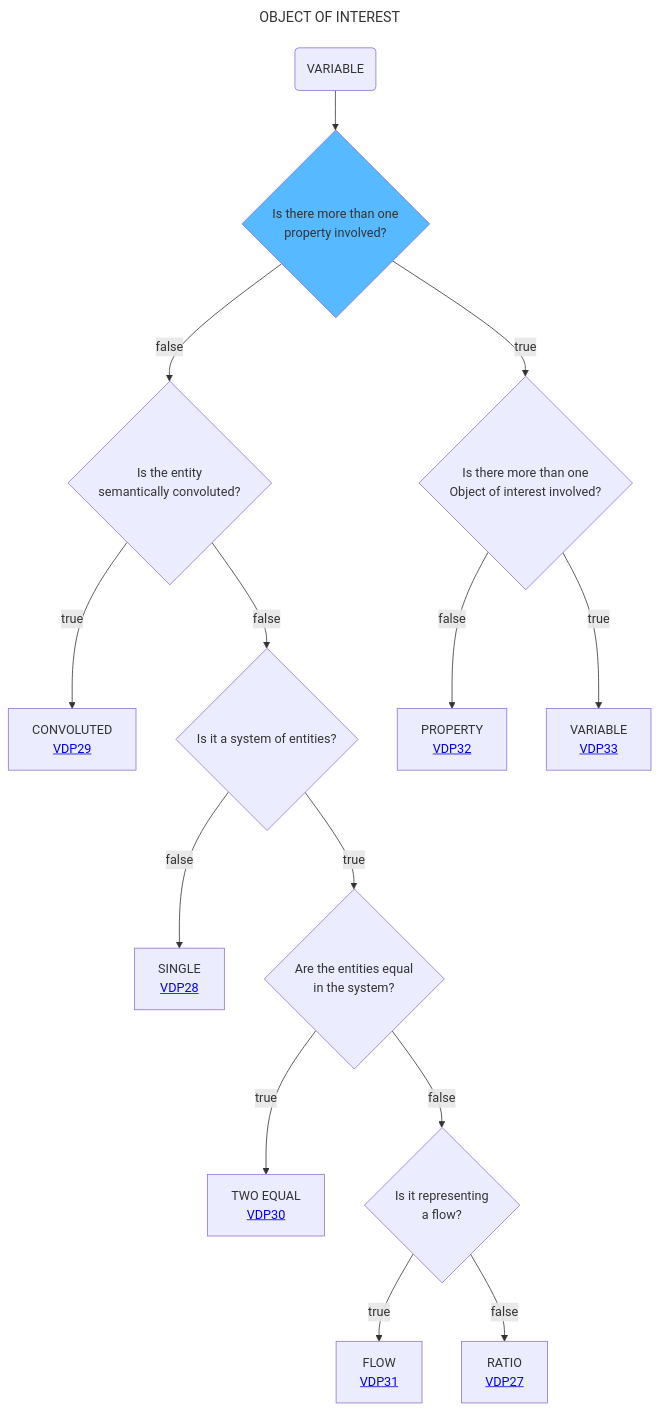
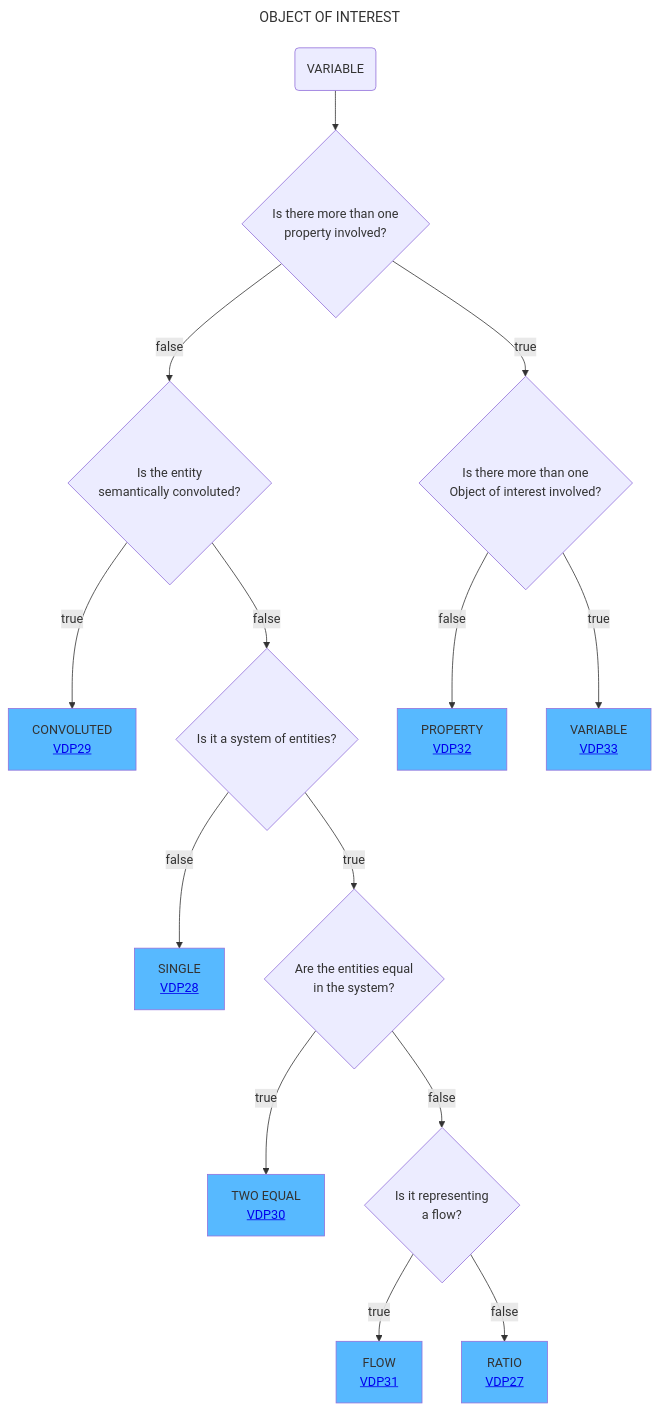
The diagram in Decisition_trees/DT5.mmd (mabablue/I-ADOPT-patterns-playground), drawn with Mermaid before and after one commit.

```diff
--- a/Decisition_trees/DT5.mmd
+++ b/Decisition_trees/DT5.mmd
@@ -1,19 +1,19 @@
 ---
 title: OBJECT OF INTEREST
 ---
 flowchart TD
-    A(VARIABLE) --> AB{Is there more than one <br> property involved?}:::satblue  
+    A(VARIABLE) --> AB{Is there more than one <br> property involved?}
     AB --> |false|B{Is the entity <br> semantically convoluted?}
     AB --> |true|O{Is there more than one <br> Object of interest involved?} 
-    B --> |true|C[CONVOLUTED <br> <a href='https://github.com/mabablue/I-ADOPT-patterns-playground/blob/main/pattern/VDP29.yaml'>VDP29</a>]
+    B --> |true|C[CONVOLUTED <br> <a href='https://github.com/mabablue/I-ADOPT-patterns-playground/blob/main/pattern/VDP29.yaml'>VDP29</a>]:::satblue
     B --> |false|D{Is it a system of entities?}
-    D --> |false|E[SINGLE <br> <a href='https://github.com/mabablue/I-ADOPT-patterns-playground/blob/main/pattern/VDP28.yaml'>VDP28</a>]
+    D --> |false|E[SINGLE <br> <a href='https://github.com/mabablue/I-ADOPT-patterns-playground/blob/main/pattern/VDP28.yaml'>VDP28</a>]:::satblue
     D --> |true|F{Are the entities equal <br> in the system?}
-    F --> |true|G[TWO EQUAL <br> <a href='https://github.com/mabablue/I-ADOPT-patterns-playground/blob/main/pattern/VDP30.yaml'>VDP30</a>]
+    F --> |true|G[TWO EQUAL <br> <a href='https://github.com/mabablue/I-ADOPT-patterns-playground/blob/main/pattern/VDP30.yaml'>VDP30</a>]:::satblue
     F --> |false|H{Is it representing <br> a flow?}
-    H --> |true|I[FLOW <br> <a href='https://github.com/mabablue/I-ADOPT-patterns-playground/blob/main/pattern/VDP31.yaml'>VDP31</a>]
-    H --> |false|J[RATIO <br> <a href='https://github.com/mabablue/I-ADOPT-patterns-playground/blob/main/pattern/VDP27.yaml'>VDP27</a>]
-    O --> |false|Q[PROPERTY <br> <a href='https://github.com/mabablue/I-ADOPT-patterns-playground/blob/main/pattern/VDP32.yaml'>VDP32</a>]
-    O --> |true|R[VARIABLE <br> <a href='https://github.com/mabablue/I-ADOPT-patterns-playground/blob/main/pattern/VDP33.yaml'>VDP33</a>]
+    H --> |true|I[FLOW <br> <a href='https://github.com/mabablue/I-ADOPT-patterns-playground/blob/main/pattern/VDP31.yaml'>VDP31</a>]:::satblue
+    H --> |false|J[RATIO <br> <a href='https://github.com/mabablue/I-ADOPT-patterns-playground/blob/main/pattern/VDP27.yaml'>VDP27</a>]:::satblue
+    O --> |false|Q[PROPERTY <br> <a href='https://github.com/mabablue/I-ADOPT-patterns-playground/blob/main/pattern/VDP32.yaml'>VDP32</a>]:::satblue
+    O --> |true|R[VARIABLE <br> <a href='https://github.com/mabablue/I-ADOPT-patterns-playground/blob/main/pattern/VDP33.yaml'>VDP33</a>]:::satblue
    classDef blue fill:#90D5FF
    classDef satblue fill:#57B9FF
```
